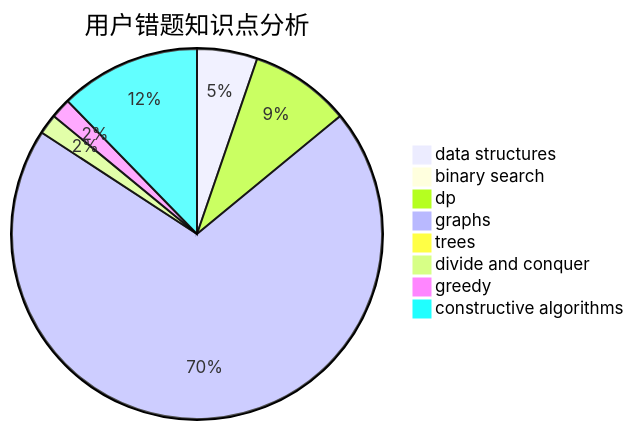
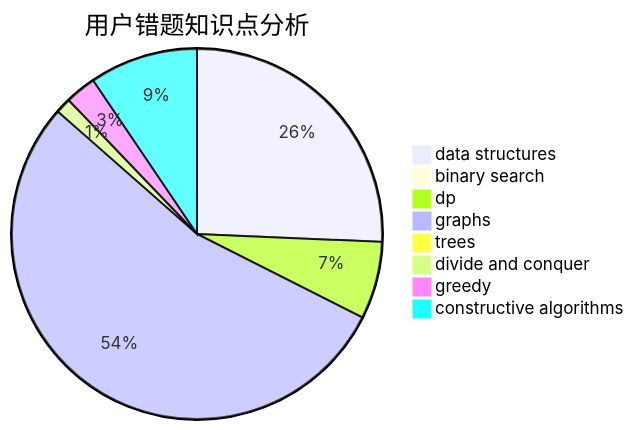
One commit to sherpahu/cfrs.github.io changed the third of 3 diagrams in docs/user/u1262.md. Above: the diagram before and after it, drawn with Mermaid. The commit also changed other lines of this file and 2770 other files, not shown here.

````diff
--- a/docs/user/u1262.md
+++ b/docs/user/u1262.md
@@ -36,11 +36,11 @@
 ```mermaid
 pie title 用户错题知识点分析
-    "data structures" :  3
+    "data structures" :  19
     "binary search" :  0
     "dp" :  5
     "graphs" :  40
     "trees" :  0
     "divide and conquer" :  1
-    "greedy" :  1
+    "greedy" :  2
     "constructive algorithms" :  7
 ```
````
